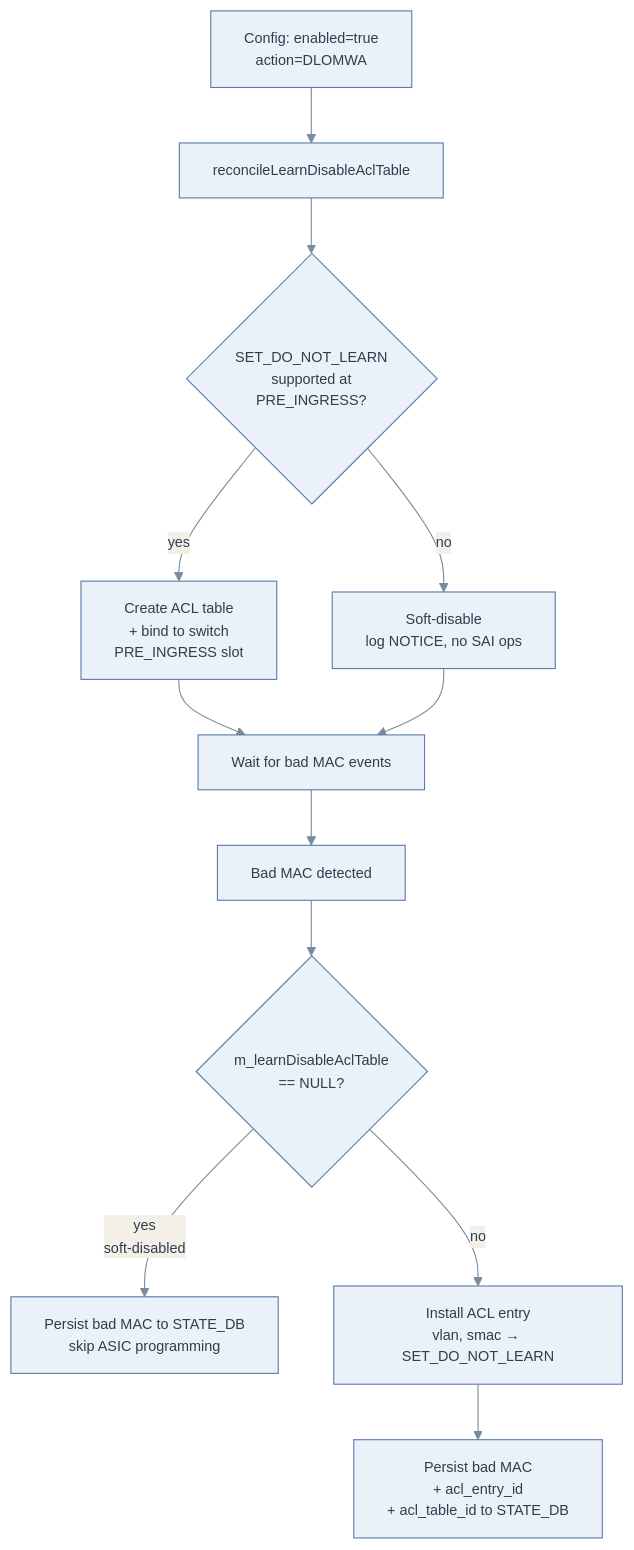
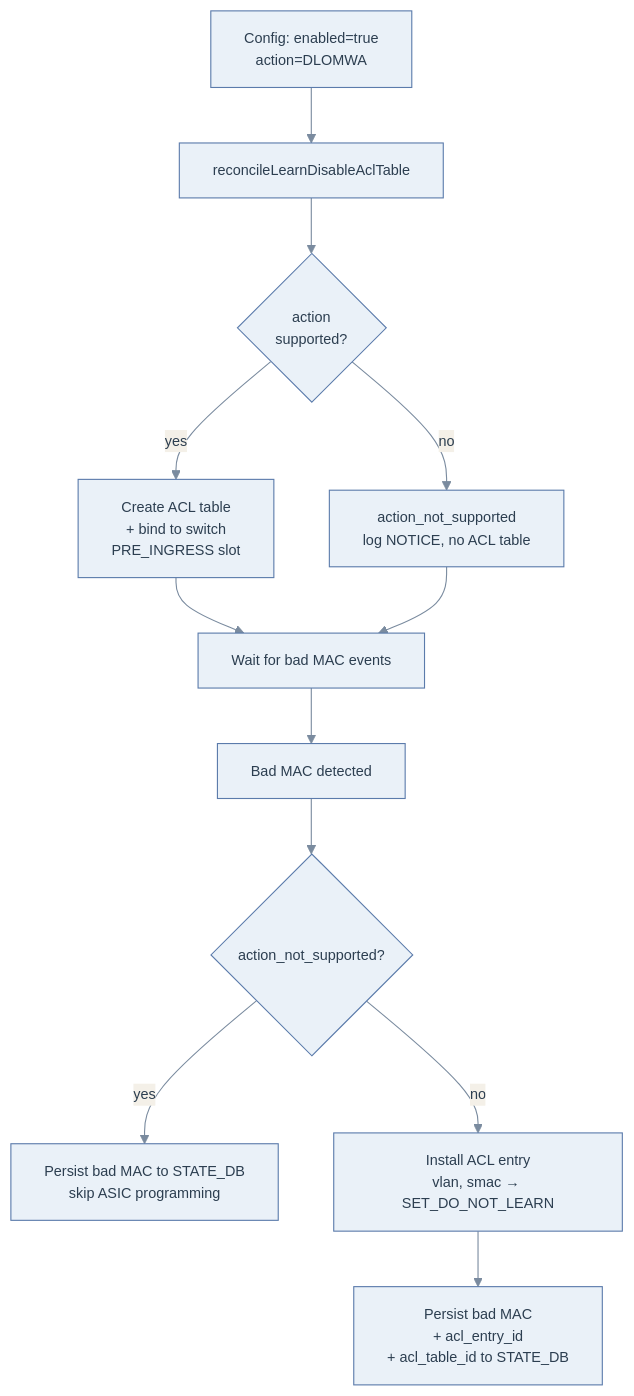
Before and after one commit to sonic-net/SONiC: the fifth of 7 diagrams in doc/mac_move_guard/MAC_MOVE_GUARD_HLD.md, drawn with Mermaid. The commit also changed other lines of this file, not shown here.

````diff
--- a/doc/mac_move_guard/MAC_MOVE_GUARD_HLD.md
+++ b/doc/mac_move_guard/MAC_MOVE_GUARD_HLD.md
@@ -269,15 +269,15 @@
 ```mermaid
 %%{init: {'theme':'base','themeVariables':{'primaryColor':'#EAF1F8','primaryBorderColor':'#5B7BAB','primaryTextColor':'#2C3E50','lineColor':'#7A8B9F','secondaryColor':'#F4F0E8','tertiaryColor':'#F9FAFC','fontSize':'13px'},'flowchart':{'useMaxWidth':false}}}%%
 flowchart TD
     A[Config: enabled=true<br/>action=DLOMWA] --> B[reconcileLearnDisableAclTable]
-    B --> C{SET_DO_NOT_LEARN<br/>supported at<br/>PRE_INGRESS?}
-    C -->|no| D[Soft-disable<br/>log NOTICE, no SAI ops]
+    B --> C{action<br/>supported?}
+    C -->|no| D[action_not_supported<br/>log NOTICE, no ACL table]
     C -->|yes| E[Create ACL table<br/>+ bind to switch<br/>PRE_INGRESS slot]
     E --> F[Wait for bad MAC events]
     D --> F
     F --> G[Bad MAC detected]
-    G --> H{m_learnDisableAclTable<br/>== NULL?}
-    H -->|yes<br/>soft-disabled| I[Persist bad MAC to STATE_DB<br/>skip ASIC programming]
+    G --> H{action_not_supported?}
+    H -->|yes| I[Persist bad MAC to STATE_DB<br/>skip ASIC programming]
     H -->|no| J[Install ACL entry<br/>vlan, smac → SET_DO_NOT_LEARN]
     J --> K[Persist bad MAC<br/>+ acl_entry_id<br/>+ acl_table_id to STATE_DB]
 ```
````
